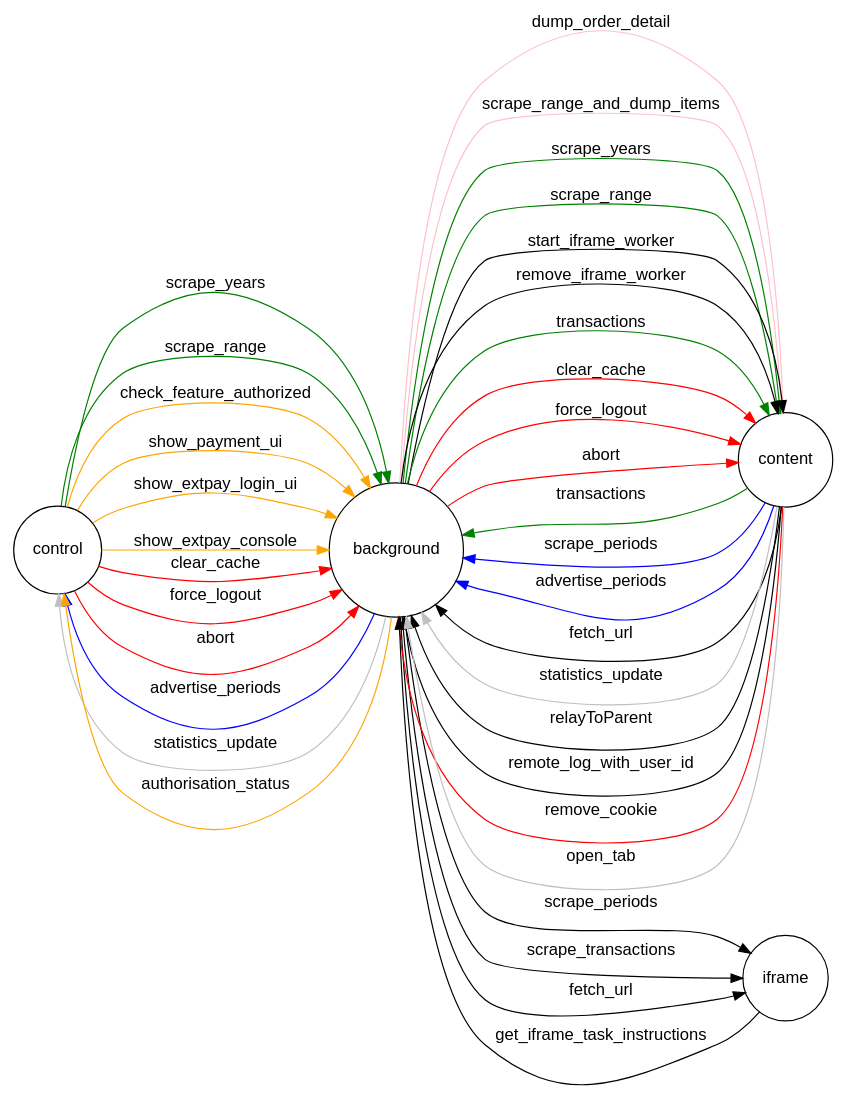
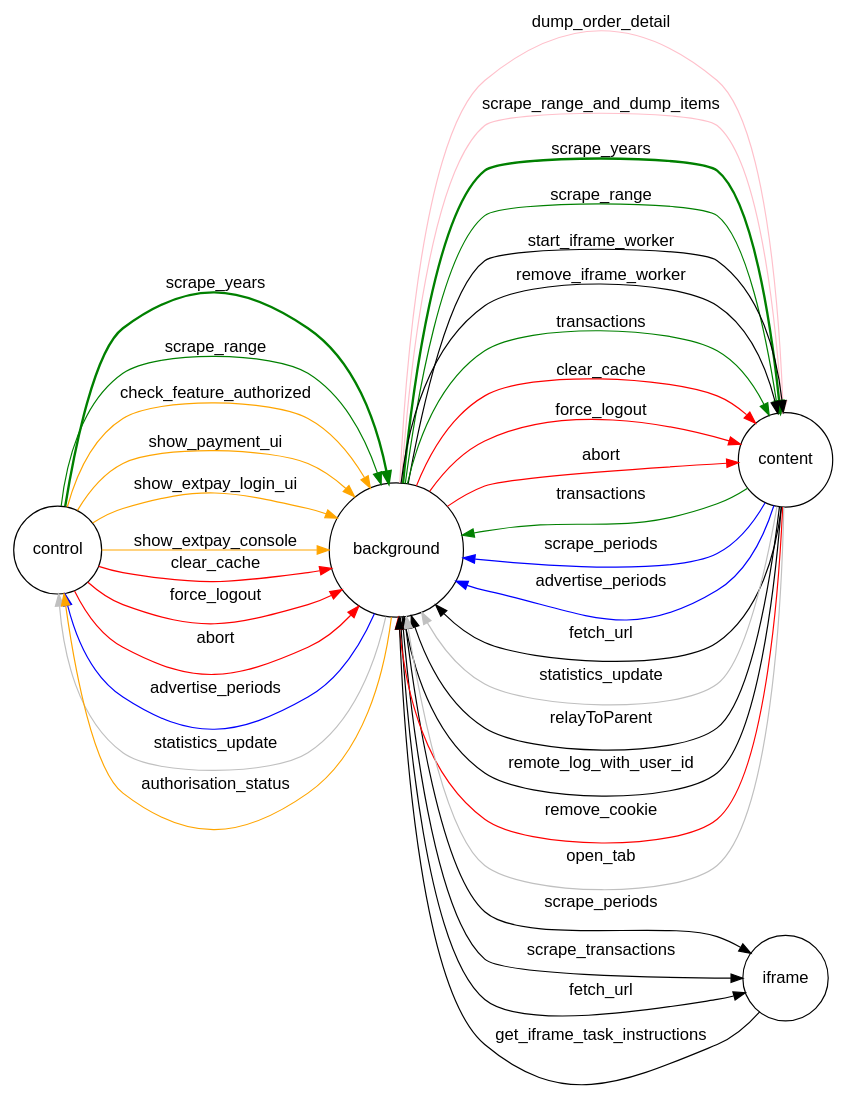
One commit to philipmulcahy/azad changed the diagram in utils/messaging.dot. Above: the diagram before and after it, drawn with Graphviz. The commit also changed 1 other file, not shown here.

```diff
--- a/utils/messaging.dot
+++ b/utils/messaging.dot
@@ -1,52 +1,52 @@
 digraph messaging {
 
 	rankdir=LR;
 
   fontname="Helvetica,Arial,sans-serif"
 	node [fontname="Helvetica,Arial,sans-serif"]
 	edge [fontname="Helvetica,Arial,sans-serif"]
 	node [shape = circle];
 
-  control -> background [label = "scrape_years" color = "green"];
+  control -> background [label = "scrape_years" color = "green" penwidth = "2.0"];
   control -> background [label = "scrape_range" color = "green"];
   control -> background [label = "check_feature_authorized" color = "orange"];
   control -> background [label = "show_payment_ui" color = "orange"];
   control -> background [label = "show_extpay_login_ui" color = "orange"];
   control -> background [label = "show_extpay_console" color = "orange"];
   control -> background [label = "clear_cache" color = "red"];
   control -> background [label = "force_logout" color = "red"];
   control -> background [label = "abort" color = "red"];
 
 
   content -> background [label = "transactions" color = "green"];
   content -> background [label = "scrape_periods" color = "blue"];
   content -> background [label = "advertise_periods" color = "blue"];
   content -> background [label = "fetch_url"];
   content -> background [label = "statistics_update" color = "silver"];
   content -> background [label = "relayToParent"];
   content -> background [label = "remote_log_with_user_id"];
 
   content -> background [label = "remove_cookie" color = "red"];
   content -> background [label = "open_tab" color = "silver"];
 
   iframe -> background [label = "get_iframe_task_instructions"];
   background -> iframe [label = "scrape_periods"];
   background -> iframe [label = "scrape_transactions"];
   background -> iframe [label = "fetch_url"];
 
   background -> control [label = "advertise_periods" color = "blue"];
   background -> control [label = "statistics_update" color = "silver"];
   background -> control [label = "authorisation_status" color = "orange"];
 
 
   background -> content [label = "dump_order_detail" color = "pink"];
   background -> content [label = "scrape_range_and_dump_items" color = "pink"];
-  background -> content [label = "scrape_years" color = "green"];
+  background -> content [label = "scrape_years" color = "green" penwidth = "2.0"];
   background -> content [label = "scrape_range" color = "green"];
   background -> content [label = "start_iframe_worker"];
   background -> content [label = "remove_iframe_worker"];
   background -> content [label = "transactions" color = "green"];
   background -> content [label = "clear_cache" color = "red"];
   background -> content [label = "force_logout" color = "red"];
   background -> content [label = "abort" color = "red"];
 }
```
